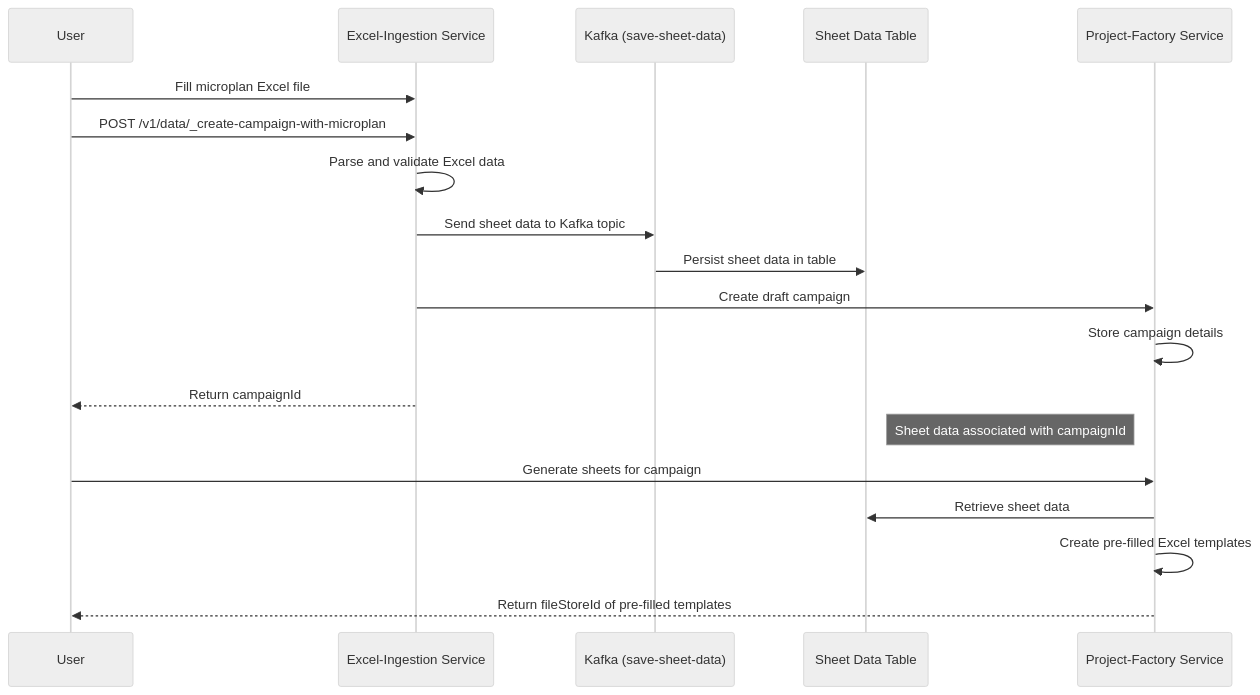
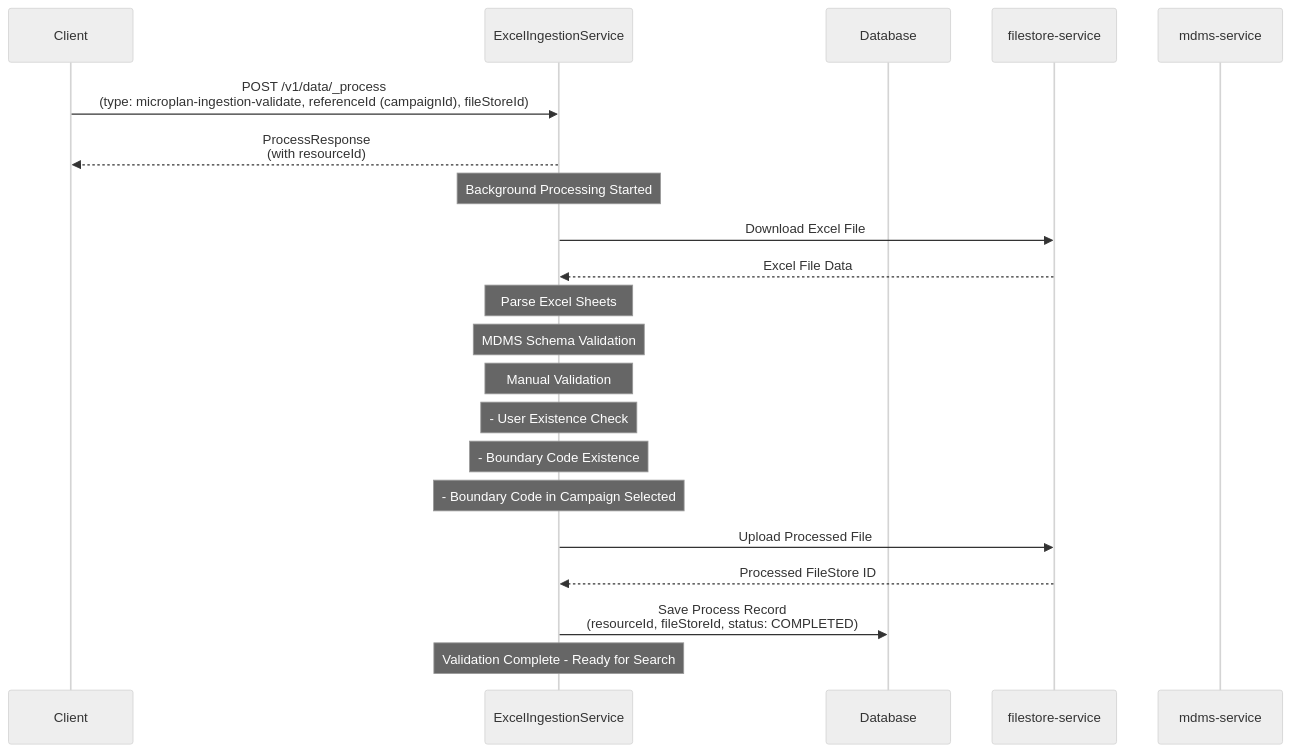
The second of 5 diagrams in health-services/excel-ingestion/project-factory-integration.md (egovernments/health-campaign-services), drawn with Mermaid (neutral theme) before and after one commit. The commit also changed other lines of this file and 1 other file, not shown here.

````diff
--- a/health-services/excel-ingestion/project-factory-integration.md
+++ b/health-services/excel-ingestion/project-factory-integration.md
@@ -50,24 +52,31 @@
 ```mermaid
 sequenceDiagram
-    participant U as User
-    participant E as Excel-Ingestion Service
-    participant K as Kafka (save-sheet-data)
-    participant D as Sheet Data Table
-    participant P as Project-Factory Service
-
-    U->>E: Fill microplan Excel file
-    U->>E: POST /v1/data/_create-campaign-with-microplan
-    E->>E: Parse and validate Excel data
-    E->>K: Send sheet data to Kafka topic
-    K->>D: Persist sheet data in table
-    E->>P: Create draft campaign
-    P->>P: Store campaign details
-    E-->>U: Return campaignId
+    participant Client
+    participant ExcelIngestionService
+    participant Database
+    participant filestore-service
+    participant mdms-service
     
-    note right of D: Sheet data associated with campaignId
+    Client->>ExcelIngestionService: POST /v1/data/_process<br/>(type: microplan-ingestion-validate, referenceId (campaignId), fileStoreId)
     
-    U->>P: Generate sheets for campaign
-    P->>D: Retrieve sheet data
-    P->>P: Create pre-filled Excel templates
-    P-->>U: Return fileStoreId of pre-filled templates
+    ExcelIngestionService-->>Client: ProcessResponse<br/>(with resourceId)
+    
+    Note over ExcelIngestionService: Background Processing Started
+    
+    ExcelIngestionService->>filestore-service: Download Excel File
+    filestore-service-->>ExcelIngestionService: Excel File Data
+    
+    Note over ExcelIngestionService: Parse Excel Sheets
+    Note over ExcelIngestionService: MDMS Schema Validation
+    Note over ExcelIngestionService: Manual Validation
+    Note over ExcelIngestionService: - User Existence Check
+    Note over ExcelIngestionService: - Boundary Code Existence
+    Note over ExcelIngestionService: - Boundary Code in Campaign Selected
+    
+    ExcelIngestionService->>filestore-service: Upload Processed File
+    filestore-service-->>ExcelIngestionService: Processed FileStore ID
+    
+    ExcelIngestionService->>Database: Save Process Record<br/>(resourceId, fileStoreId, status: COMPLETED)
+    
+    Note over ExcelIngestionService: Validation Complete - Ready for Search
 ```
````
